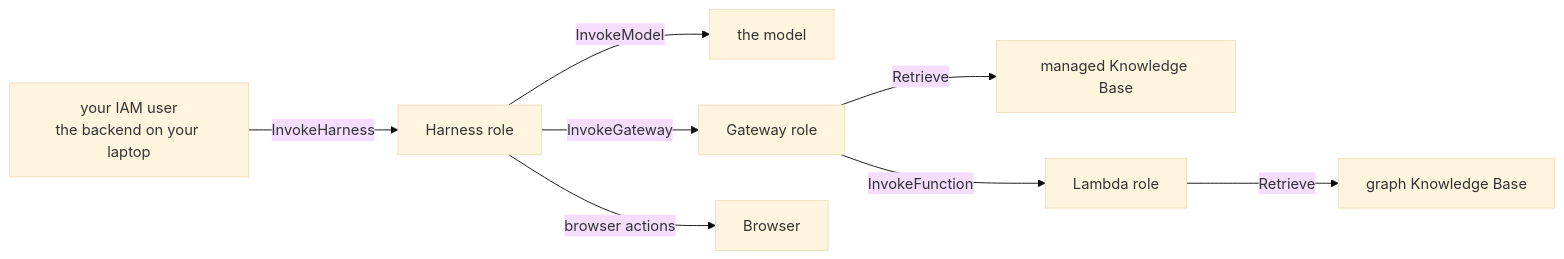
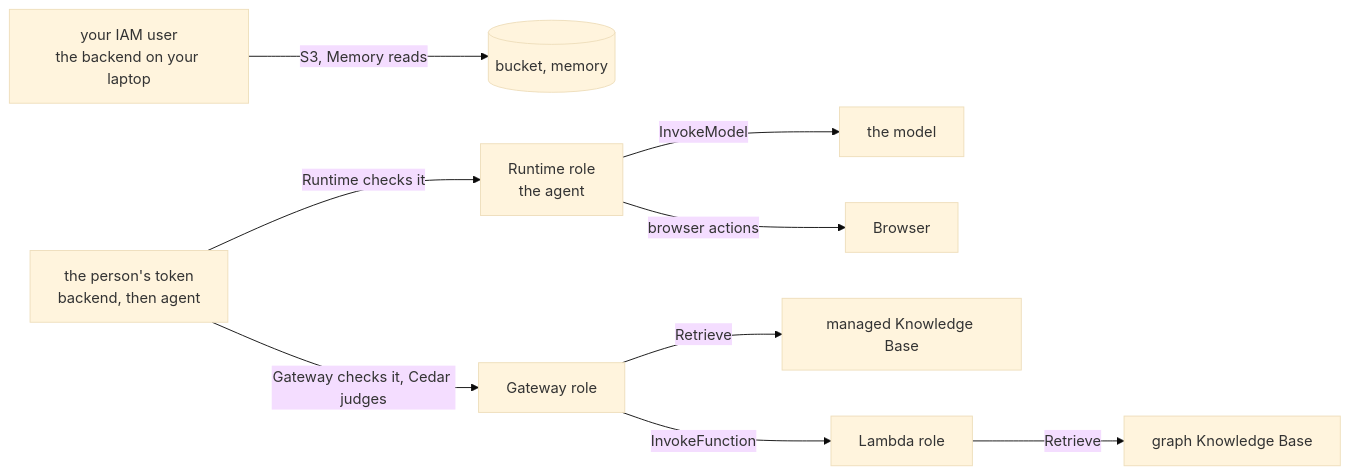
One commit to yashzord/Docs_Copilot changed the tenth of 21 diagrams in docs/course.md. Above: the diagram before and after it, drawn with Mermaid (base theme). The commit also changed other lines of this file and 5 other files, not shown here.

First line of the commit message:
docs: course, README and demo for the login, the Runtime agent and the Cedar policy

````diff
--- a/docs/course.md
+++ b/docs/course.md
@@ -966,10 +973,11 @@
 ```mermaid
 flowchart LR
-    Y[your IAM user<br/>the backend on your laptop] -->|InvokeHarness| H[Harness role]
+        Y[your IAM user<br/>the backend on your laptop] -->|S3, Memory reads| S[(bucket, memory)]
+    U[the person's token<br/>backend, then agent] -->|Runtime checks it| H[Runtime role<br/>the agent]
     H -->|InvokeModel| M[the model]
-    H -->|InvokeGateway| G[Gateway role]
+    U -->|Gateway checks it, Cedar judges| G[Gateway role]
     H -->|browser actions| B[Browser]
     G -->|Retrieve| K[managed Knowledge Base]
     G -->|InvokeFunction| L[Lambda role]
     L -->|Retrieve| GK[graph Knowledge Base]
 ```
````
